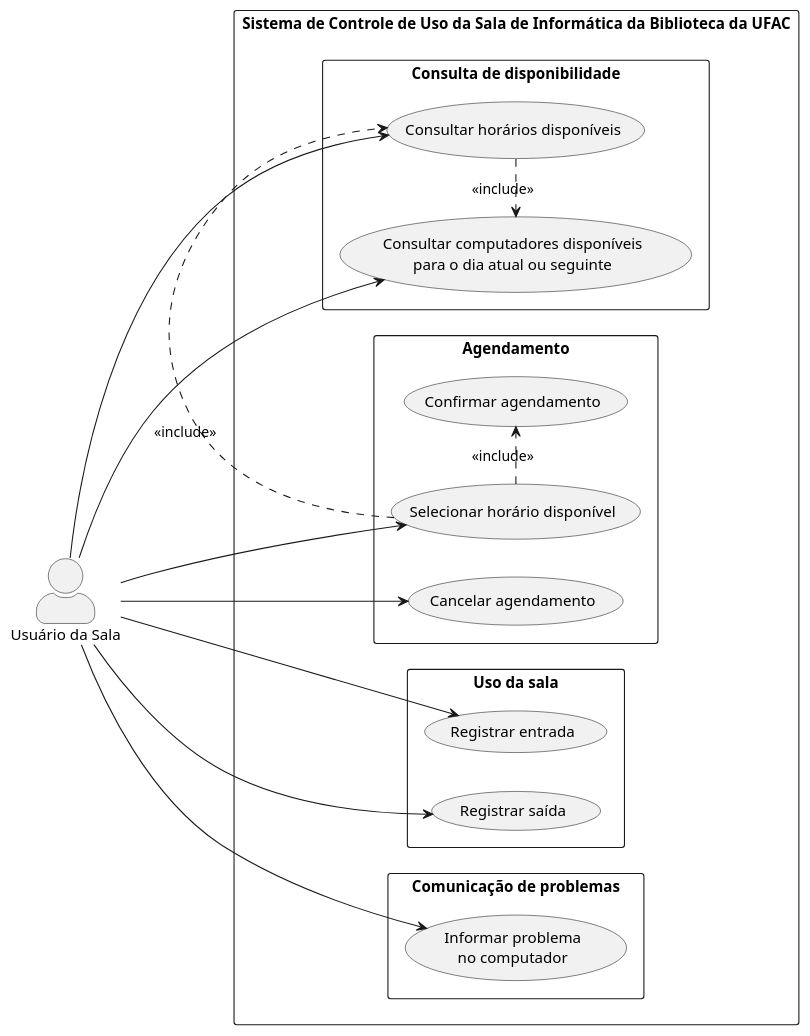
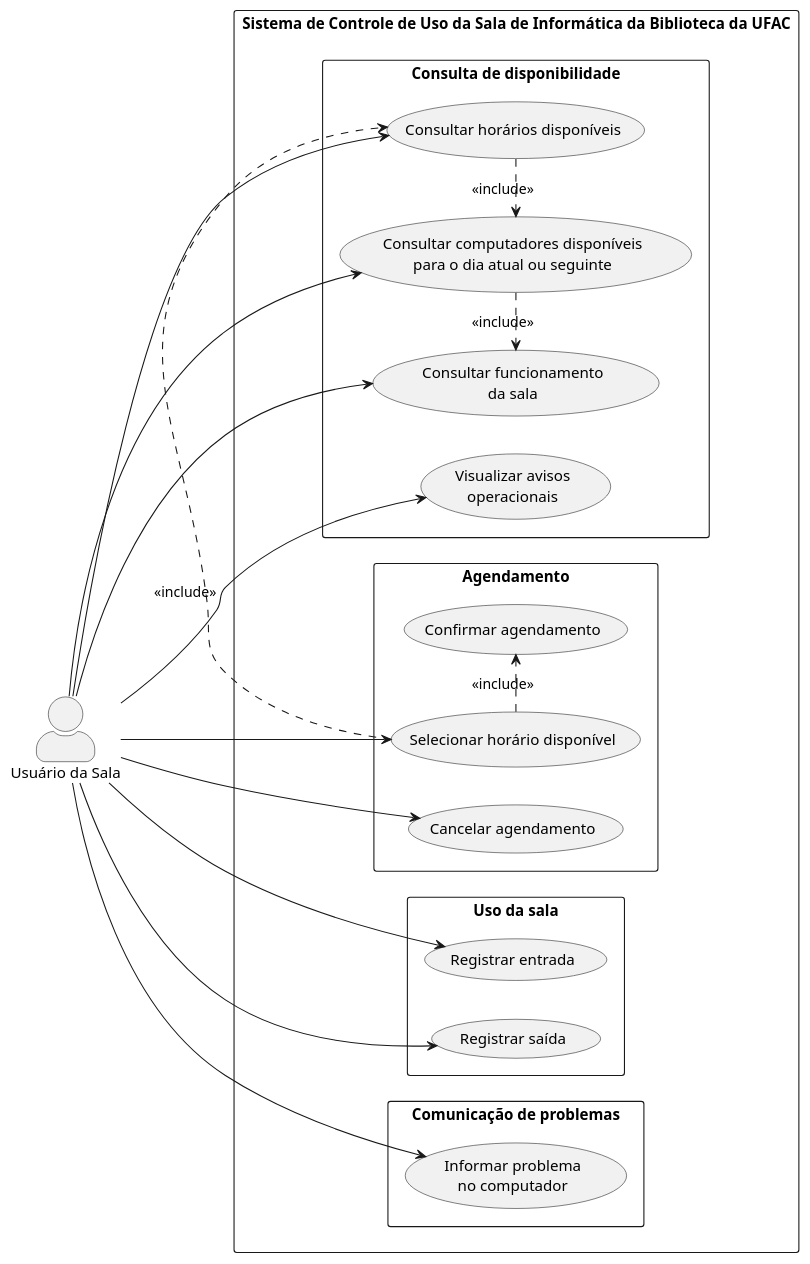
The diagram in docs/diagrams/casos-de-uso/usuario.puml (MarcosVini753/estagio), drawn with PlantUML before and after one commit. The commit also changed 20 other files, not shown here.

```diff
--- a/docs/diagrams/casos-de-uso/usuario.puml
+++ b/docs/diagrams/casos-de-uso/usuario.puml
@@ -1,44 +1,49 @@
 @startuml
 left to right direction
 
 skinparam packageStyle rectangle
 skinparam actorStyle awesome
 
 actor "Usuário da Sala" as Usuario
 
 rectangle "Sistema de Controle de Uso da Sala de Informática da Biblioteca da UFAC" {
 
   package "Consulta de disponibilidade" {
     usecase "Consultar computadores disponíveis\npara o dia atual ou seguinte" as UC01
     usecase "Consultar horários disponíveis" as UC02
+    usecase "Consultar funcionamento\nda sala" as UC09
+    usecase "Visualizar avisos\noperacionais" as UC10
   }
 
   package "Agendamento" {
     usecase "Selecionar horário disponível" as UC03
     usecase "Confirmar agendamento" as UC04
     usecase "Cancelar agendamento" as UC05
   }
 
   package "Uso da sala" {
     usecase "Registrar entrada" as UC06
     usecase "Registrar saída" as UC07
   }
 
   package "Comunicação de problemas" {
     usecase "Informar problema\nno computador" as UC08
   }
 }
 
 Usuario --> UC01
 Usuario --> UC02
+Usuario --> UC09
+Usuario --> UC10
 Usuario --> UC03
 Usuario --> UC05
 Usuario --> UC06
 Usuario --> UC07
 Usuario --> UC08
 
 UC02 .> UC01 : <<include>>
+UC01 .> UC09 : <<include>>
 UC03 .> UC04 : <<include>>
 UC03 .> UC02 : <<include>>
 
 @enduml
```
